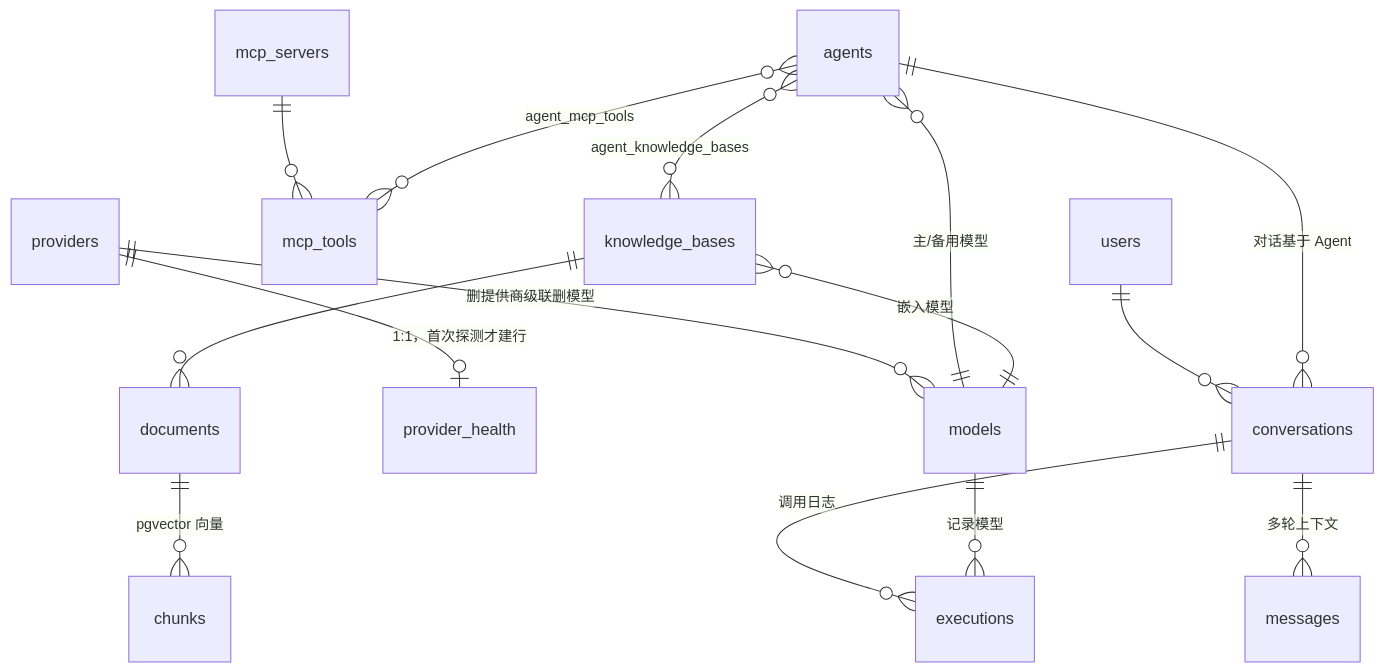
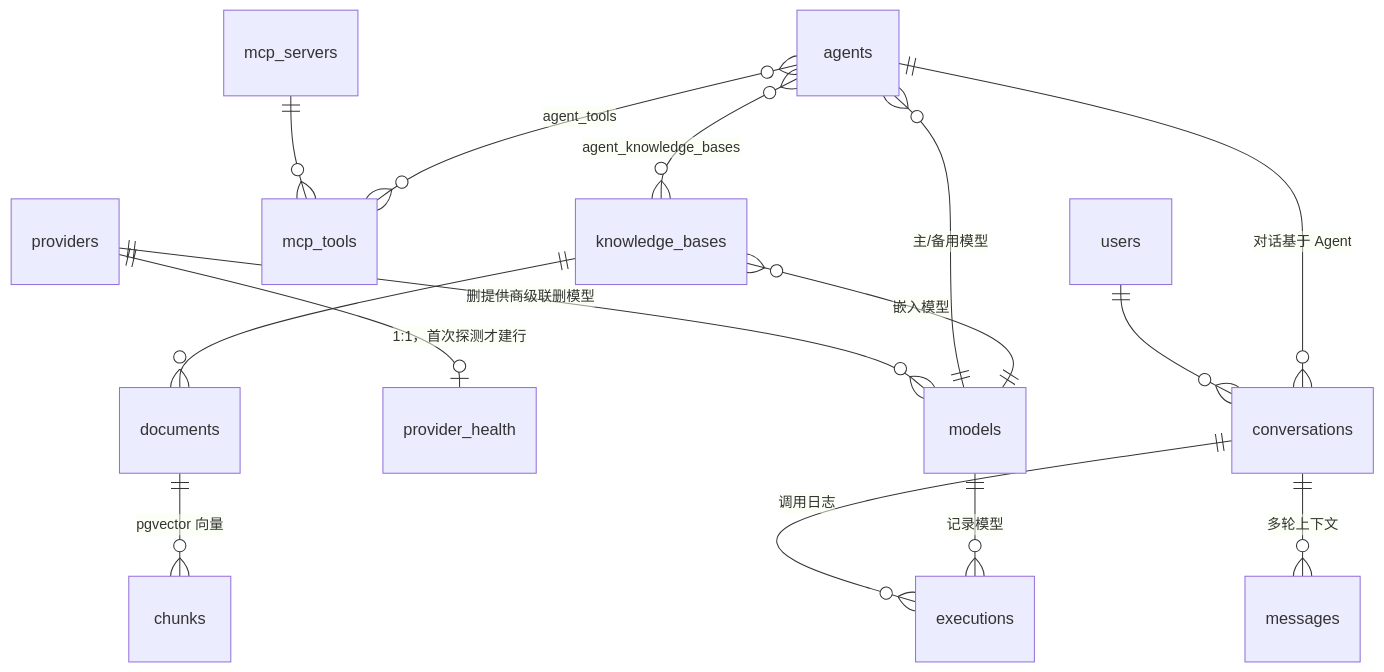
One commit to Karlsk/go-hify changed the diagram in docs/design/data-model.md. Above: the diagram before and after it, drawn with Mermaid. The commit also changed other lines of this file and 18 other files, not shown here.

````diff
--- a/docs/design/data-model.md
+++ b/docs/design/data-model.md
@@ -13,17 +13,17 @@
 ```mermaid
 erDiagram
     providers ||--o{ models : "删提供商级联删模型"
     providers ||--o| provider_health : "1:1，首次探测才建行"
     mcp_servers ||--o{ mcp_tools : ""
     agents }o--|| models : "主/备用模型"
-    agents }o--o{ mcp_tools : "agent_mcp_tools"
+    agents }o--o{ mcp_tools : "agent_tools"
     agents }o--o{ knowledge_bases : "agent_knowledge_bases"
     knowledge_bases }o--|| models : "嵌入模型"
     knowledge_bases ||--o{ documents : ""
     documents ||--o{ chunks : "pgvector 向量"
     users ||--o{ conversations : ""
     agents ||--o{ conversations : "对话基于 Agent"
     conversations ||--o{ messages : "多轮上下文"
     conversations ||--o{ executions : "调用日志"
     models ||--o{ executions : "记录模型"
 ```
````
